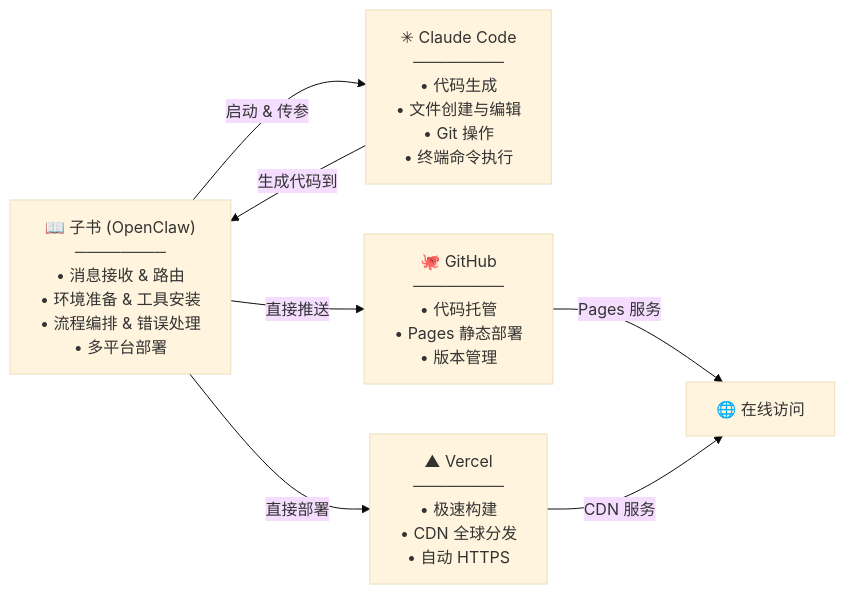
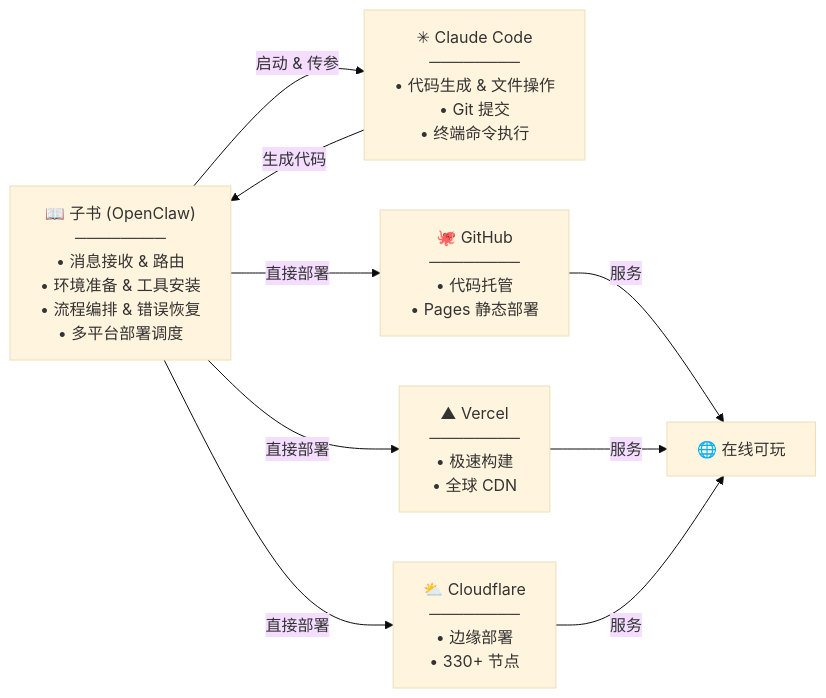
Before and after one commit to hemin1003/snake-game: the second of 3 diagrams in README.md, drawn with Mermaid (base theme). The commit also changed other lines of this file and 1 other file, not shown here.

Commit message:
Update README & article with Cloudflare deploy

````diff
--- a/README.md
+++ b/README.md
@@ -135,14 +139,17 @@
 ```mermaid
 graph LR
-    OC["📖 子书 (OpenClaw)<br/>────────<br/>• 消息接收 & 路由<br/>• 环境准备 & 工具安装<br/>• 流程编排 & 错误处理<br/>• 多平台部署"]
-    CC["✳ Claude Code<br/>────────<br/>• 代码生成<br/>• 文件创建与编辑<br/>• Git 操作<br/>• 终端命令执行"]
-    GH["🐙 GitHub<br/>────────<br/>• 代码托管<br/>• Pages 静态部署<br/>• 版本管理"]
-    VC["▲ Vercel<br/>────────<br/>• 极速构建<br/>• CDN 全球分发<br/>• 自动 HTTPS"]
+    OC["📖 子书 (OpenClaw)<br/>────────<br/>• 消息接收 & 路由<br/>• 环境准备 & 工具安装<br/>• 流程编排 & 错误恢复<br/>• 多平台部署调度"]
+    CC["✳ Claude Code<br/>────────<br/>• 代码生成 & 文件操作<br/>• Git 提交<br/>• 终端命令执行"]
+    GH["🐙 GitHub<br/>────────<br/>• 代码托管<br/>• Pages 静态部署"]
+    VC["▲ Vercel<br/>────────<br/>• 极速构建<br/>• 全球 CDN"]
+    CF["⛅ Cloudflare<br/>────────<br/>• 边缘部署<br/>• 330+ 节点"]
     
     OC -->|"启动 & 传参"| CC
-    OC -->|"直接推送"| GH
+    OC -->|"直接部署"| GH
     OC -->|"直接部署"| VC
-    CC -->|"生成代码到"| OC
-    GH -->|"Pages 服务"| WEB["🌐 在线访问"]
-    VC -->|"CDN 服务"| WEB
+    OC -->|"直接部署"| CF
+    CC -->|"生成代码"| OC
+    GH -->|"服务"| WEB["🌐 在线可玩"]
+    VC -->|"服务"| WEB
+    CF -->|"服务"| WEB
 ```
````
